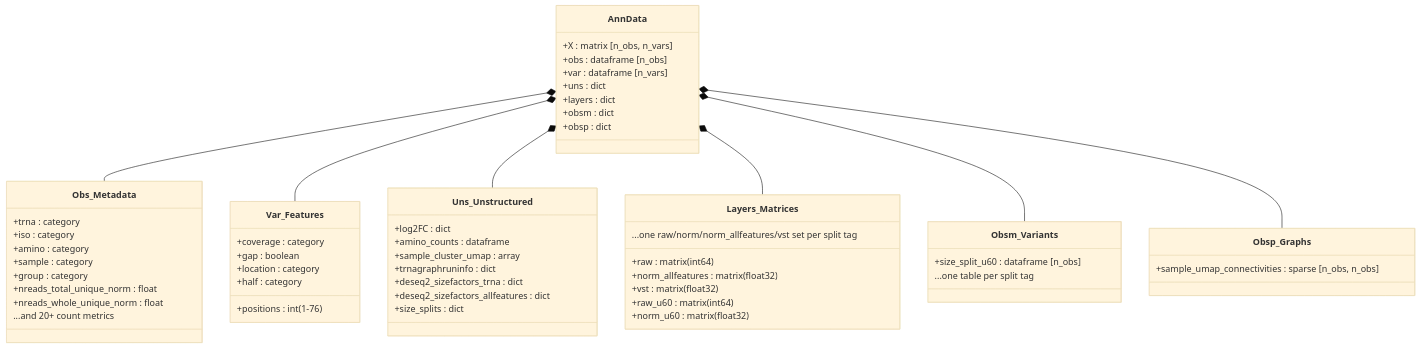
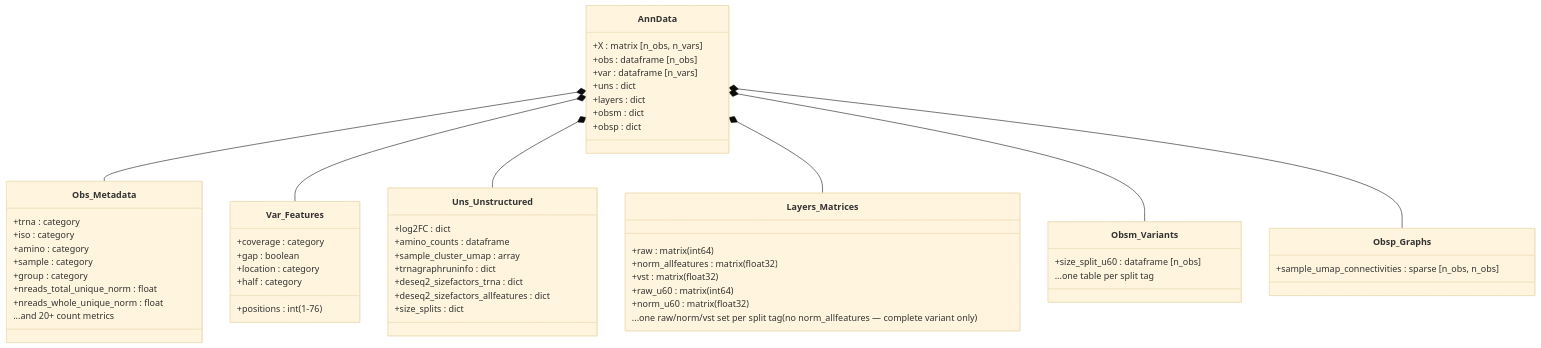
Before and after one commit to alba1735/tRNAgraph: the diagram in docs/data_structure.md, drawn with Mermaid (base theme). The commit also changed other lines of this file and 7 other files, not shown here.

````diff
--- a/docs/data_structure.md
+++ b/docs/data_structure.md
@@ -12,66 +12,66 @@
 ```mermaid
 classDiagram
     class AnnData {
         +X : matrix [n_obs, n_vars]
         +obs : dataframe [n_obs]
         +var : dataframe [n_vars]
         +uns : dict
         +layers : dict
         +obsm : dict
         +obsp : dict
     }
 
     class Obs_Metadata {
         +trna : category
         +iso : category
         +amino : category
         +sample : category
         +group : category
         +nreads_total_unique_norm : float
         +nreads_whole_unique_norm : float
         ...and 20+ count metrics
     }
 
     class Var_Features {
         +positions : int (1-76)
         +coverage : category
         +gap : boolean
         +location : category
         +half : category
     }
 
     class Uns_Unstructured {
         +log2FC : dict<group, df>
         +amino_counts : dataframe
         +sample_cluster_umap : array
         +trnagraphruninfo : dict
         +deseq2_sizefactors_trna : dict
         +deseq2_sizefactors_allfeatures : dict
         +size_splits : dict<tag, dict>
     }
 
     class Layers_Matrices {
         +raw : matrix (int64)
         +norm_allfeatures : matrix (float32)
         +vst : matrix (float32)
         +raw_u60 : matrix (int64)
         +norm_u60 : matrix (float32)
-        ...one raw/norm/norm_allfeatures/vst set per split tag
+        ...one raw/norm/vst set per split tag (no norm_allfeatures — complete variant only)
     }
 
     class Obsm_Variants {
         +size_split_u60 : dataframe [n_obs]
         ...one table per split tag
     }
 
     class Obsp_Graphs {
         +sample_umap_connectivities : sparse [n_obs, n_obs]
     }
 
     AnnData *-- Obs_Metadata
     AnnData *-- Var_Features
     AnnData *-- Uns_Unstructured
     AnnData *-- Layers_Matrices
     AnnData *-- Obsm_Variants
     AnnData *-- Obsp_Graphs
 ```
````
